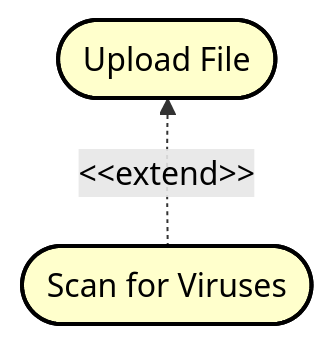
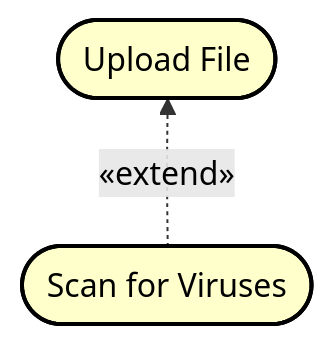
The fifth of 5 diagrams in Articles/SEP1/Use case diagrams/007 Extend.md (TroelsMortensen/Codelabs2), drawn with Mermaid before and after one commit. The commit also changed other lines of this file and 4 other files, not shown here.

````diff
--- a/Articles/SEP1/Use case diagrams/007 Extend.md
+++ b/Articles/SEP1/Use case diagrams/007 Extend.md
@@ -104,10 +104,10 @@
 ```mermaid
 graph BT
     UC1([<font color=black>Scan for Viruses])
     UC2([<font color=black>Upload File])
     
-    UC1 -.->|<font color=black>&lt;&lt;extend&gt;&gt;| UC2
+    UC1 -.->|<font color=black>«extend»| UC2
     
     style UC1 fill:#ffffcc,stroke:#000,stroke-width:2px
     style UC2 fill:#ffffcc,stroke:#000,stroke-width:2px
 ```
````
